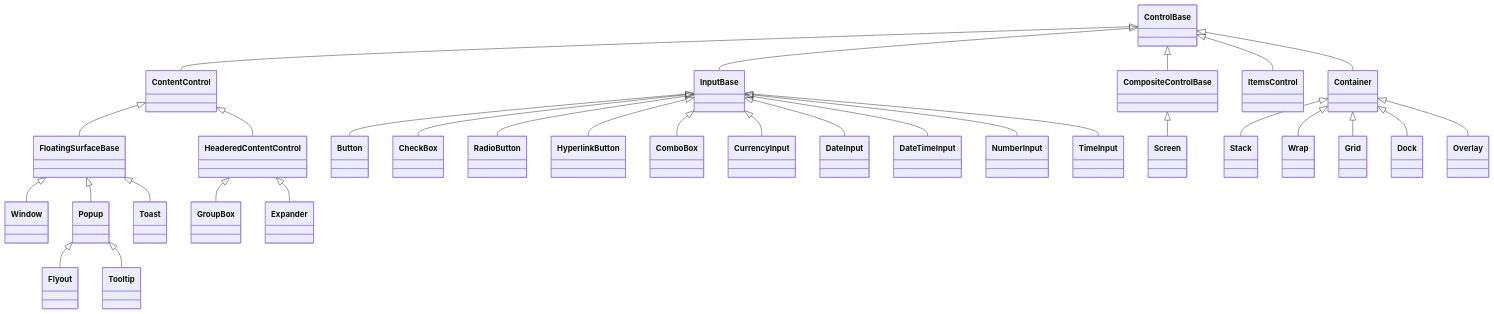
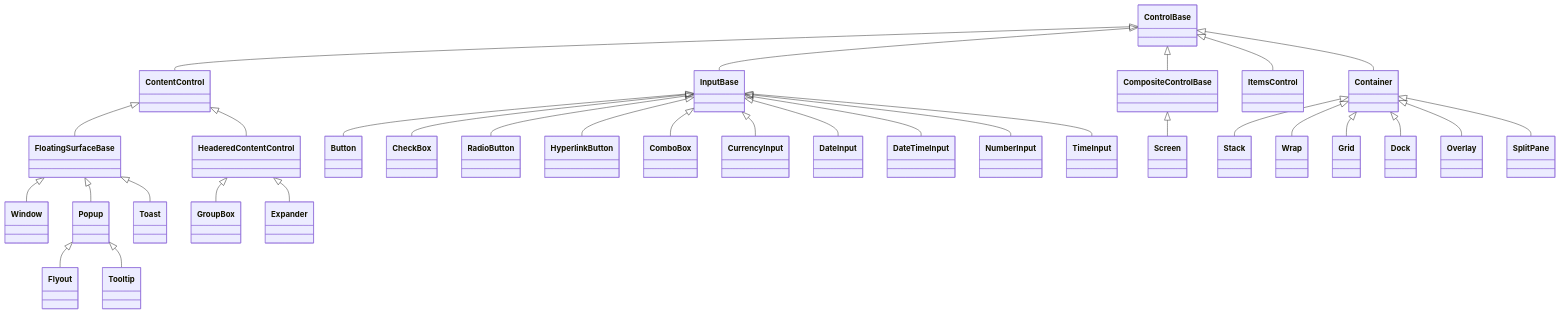
Before and after one commit to pavkam/sharp-vision: the diagram in docs/controls/index.md, drawn with Mermaid. The commit also changed other lines of this file and 8 other files, not shown here.

Commit message:
docs: document SplitPane control

````diff
--- a/docs/controls/index.md
+++ b/docs/controls/index.md
@@ -17,33 +17,34 @@
 ```mermaid
 classDiagram
     ControlBase <|-- Container
     ControlBase <|-- ContentControl
     ControlBase <|-- CompositeControlBase
     ControlBase <|-- ItemsControl
     ControlBase <|-- InputBase
     ContentControl <|-- FloatingSurfaceBase
     ContentControl <|-- HeaderedContentControl
     FloatingSurfaceBase <|-- Window
     FloatingSurfaceBase <|-- Popup
     FloatingSurfaceBase <|-- Toast
     Popup <|-- Flyout
     Popup <|-- Tooltip
     InputBase <|-- Button
     InputBase <|-- CheckBox
     InputBase <|-- RadioButton
     InputBase <|-- HyperlinkButton
     InputBase <|-- ComboBox
     InputBase <|-- CurrencyInput
     InputBase <|-- DateInput
     InputBase <|-- DateTimeInput
     InputBase <|-- NumberInput
     InputBase <|-- TimeInput
     HeaderedContentControl <|-- GroupBox
     HeaderedContentControl <|-- Expander
     CompositeControlBase <|-- Screen
     Container <|-- Stack
     Container <|-- Wrap
     Container <|-- Grid
     Container <|-- Dock
     Container <|-- Overlay
+    Container <|-- SplitPane
 ```
````
